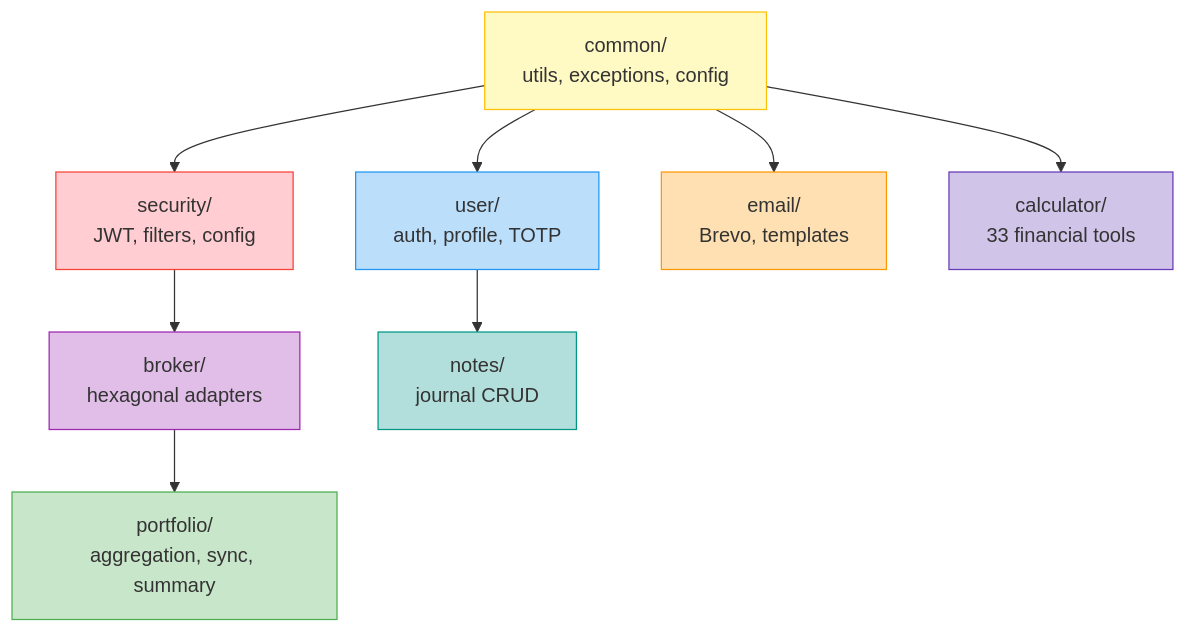
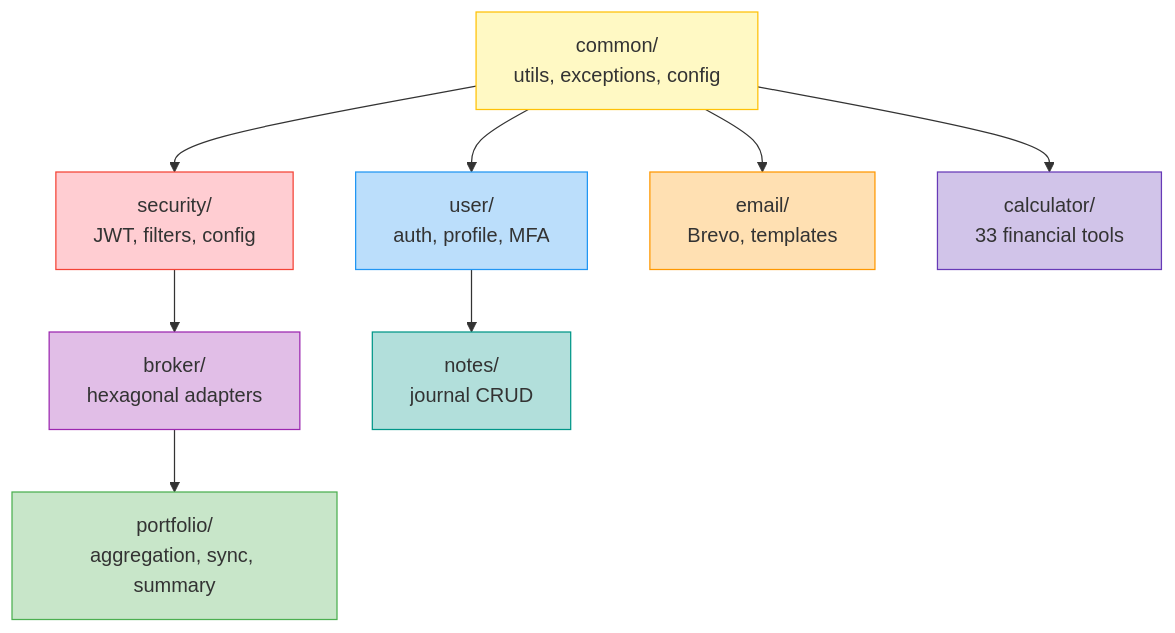
Before and after one commit to urvagandhi/coinTrack: the second of 12 diagrams in README.md, drawn with Mermaid. The commit also changed other lines of this file and 76 other files, not shown here.

````diff
--- a/README.md
+++ b/README.md
@@ -131,23 +131,23 @@
 ```mermaid
 graph TD
     COMMON["common/<br/>utils, exceptions, config"]
 
     COMMON --> SECURITY["security/<br/>JWT, filters, config"]
-    COMMON --> USER["user/<br/>auth, profile, TOTP"]
+    COMMON --> USER["user/<br/>auth, profile, MFA"]
     COMMON --> EMAIL["email/<br/>Brevo, templates"]
     COMMON --> CALC["calculator/<br/>33 financial tools"]
 
     SECURITY --> BROKER["broker/<br/>hexagonal adapters"]
     USER --> NOTES["notes/<br/>journal CRUD"]
 
     BROKER --> PORTFOLIO["portfolio/<br/>aggregation, sync, summary"]
 
     style COMMON fill:#fff9c4,stroke:#FFC107
     style SECURITY fill:#ffcdd2,stroke:#F44336
     style BROKER fill:#e1bee7,stroke:#9C27B0
     style PORTFOLIO fill:#c8e6c9,stroke:#4CAF50
     style USER fill:#bbdefb,stroke:#2196F3
     style EMAIL fill:#ffe0b2,stroke:#FF9800
     style CALC fill:#d1c4e9,stroke:#673AB7
     style NOTES fill:#b2dfdb,stroke:#009688
 ```
````
